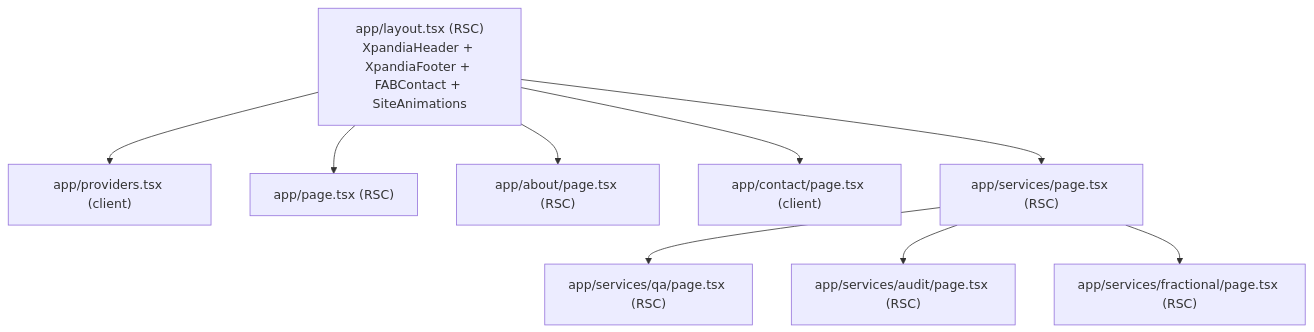
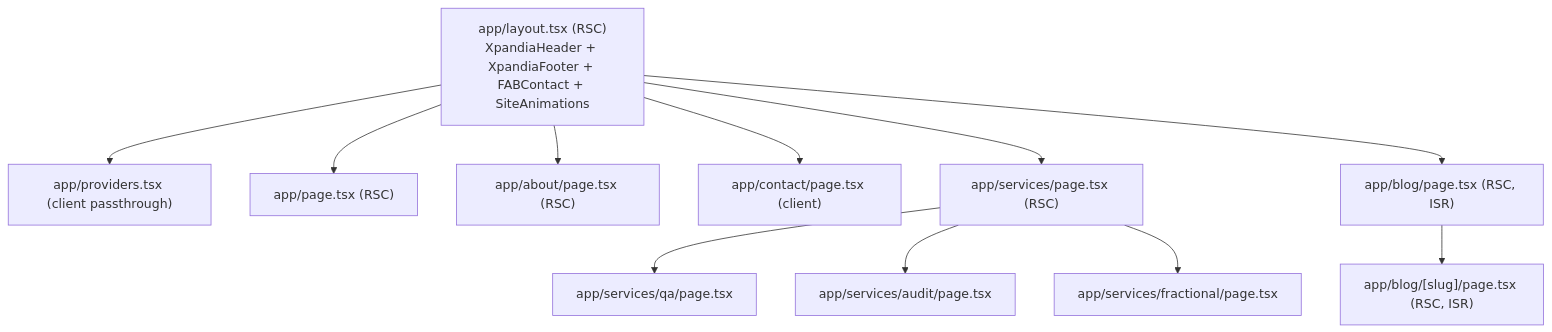
One commit to gustavop-dev/xpandia_project changed the fifth of 8 diagrams in docs/methodology/architecture.md. Above: the diagram before and after it, drawn with Mermaid. The commit also changed other lines of this file and 53 other files, not shown here.

````diff
--- a/docs/methodology/architecture.md
+++ b/docs/methodology/architecture.md
@@ -133,21 +199,25 @@
 ```mermaid
 graph TD
     Layout["app/layout.tsx (RSC)\nXpandiaHeader + XpandiaFooter + FABContact + SiteAnimations"]
-    Providers["app/providers.tsx (client)"]
+    Providers["app/providers.tsx (client passthrough)"]
     Home["app/page.tsx (RSC)"]
     About["app/about/page.tsx (RSC)"]
     Contact["app/contact/page.tsx (client)"]
     Services["app/services/page.tsx (RSC)"]
-    QA["app/services/qa/page.tsx (RSC)"]
-    Audit["app/services/audit/page.tsx (RSC)"]
-    Fractional["app/services/fractional/page.tsx (RSC)"]
+    QA["app/services/qa/page.tsx"]
+    Audit["app/services/audit/page.tsx"]
+    Fractional["app/services/fractional/page.tsx"]
+    BlogList["app/blog/page.tsx (RSC, ISR)"]
+    BlogDetail["app/blog/[slug]/page.tsx (RSC, ISR)"]
 
     Layout --> Providers
     Layout --> Home
     Layout --> About
     Layout --> Contact
     Layout --> Services
     Services --> QA
     Services --> Audit
     Services --> Fractional
+    Layout --> BlogList
+    BlogList --> BlogDetail
 ```
````
